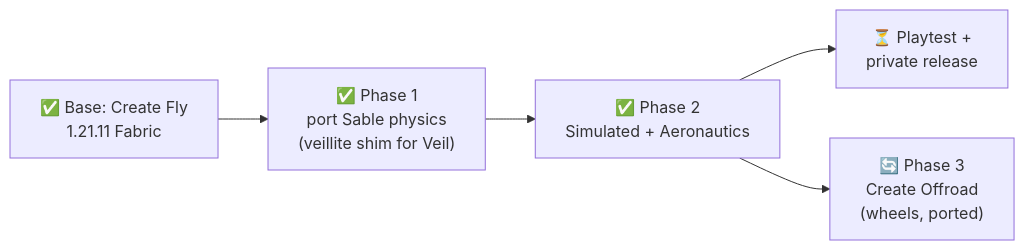
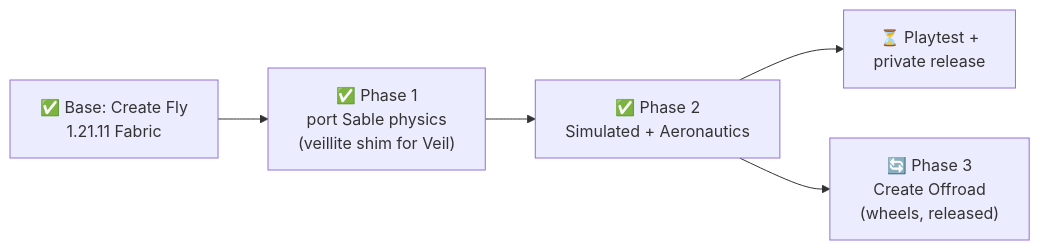
The diagram in PROGRESS.md (KiraKami-dev/minecraft-create-fly), drawn with Mermaid before and after one commit. The commit also changed other lines of this file, not shown here.

Commit message:
PROGRESS: v2026.10.28.1 release (Create Offroad)
Entire-Checkpoint: 01M61E5WGD85JF8VAA8DSKBZKN

````diff
--- a/PROGRESS.md
+++ b/PROGRESS.md
@@ -7,7 +7,7 @@
 ```mermaid
 flowchart LR
   B["✅ Base: Create Fly<br/>1.21.11 Fabric"] --> P1["✅ Phase 1<br/>port Sable physics<br/>(veillite shim for Veil)"]
   P1 --> P2["✅ Phase 2<br/>Simulated + Aeronautics"]
   P2 --> R["⏳ Playtest +<br/>private release"]
-  P2 --> P3["🔄 Phase 3<br/>Create Offroad<br/>(wheels, ported)"]
+  P2 --> P3["🔄 Phase 3<br/>Create Offroad<br/>(wheels, released)"]
 ```
````
